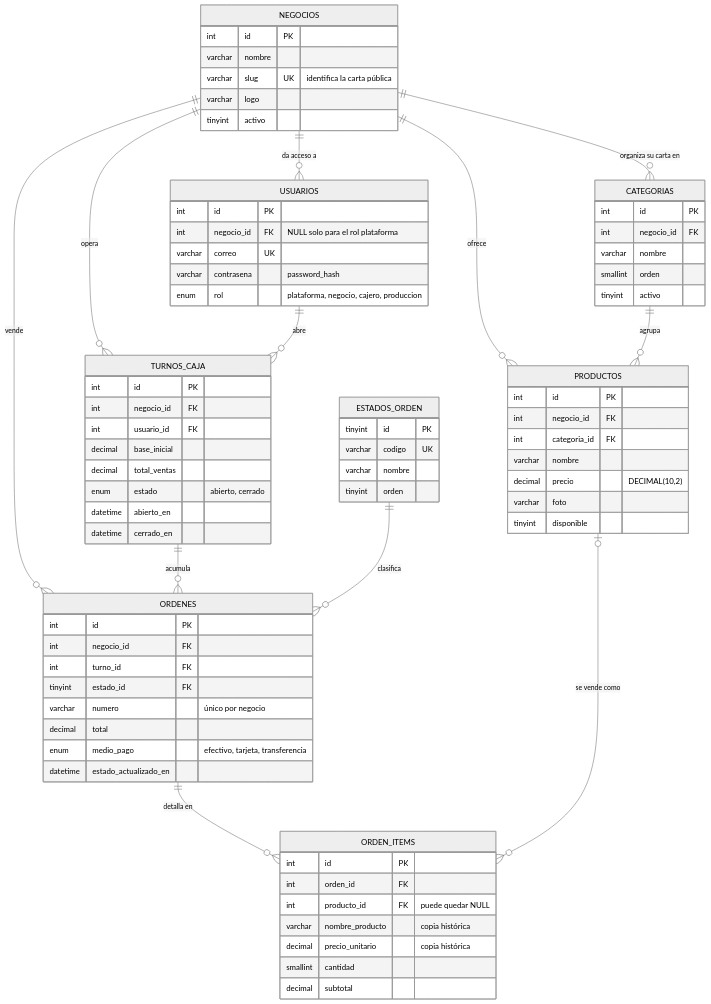
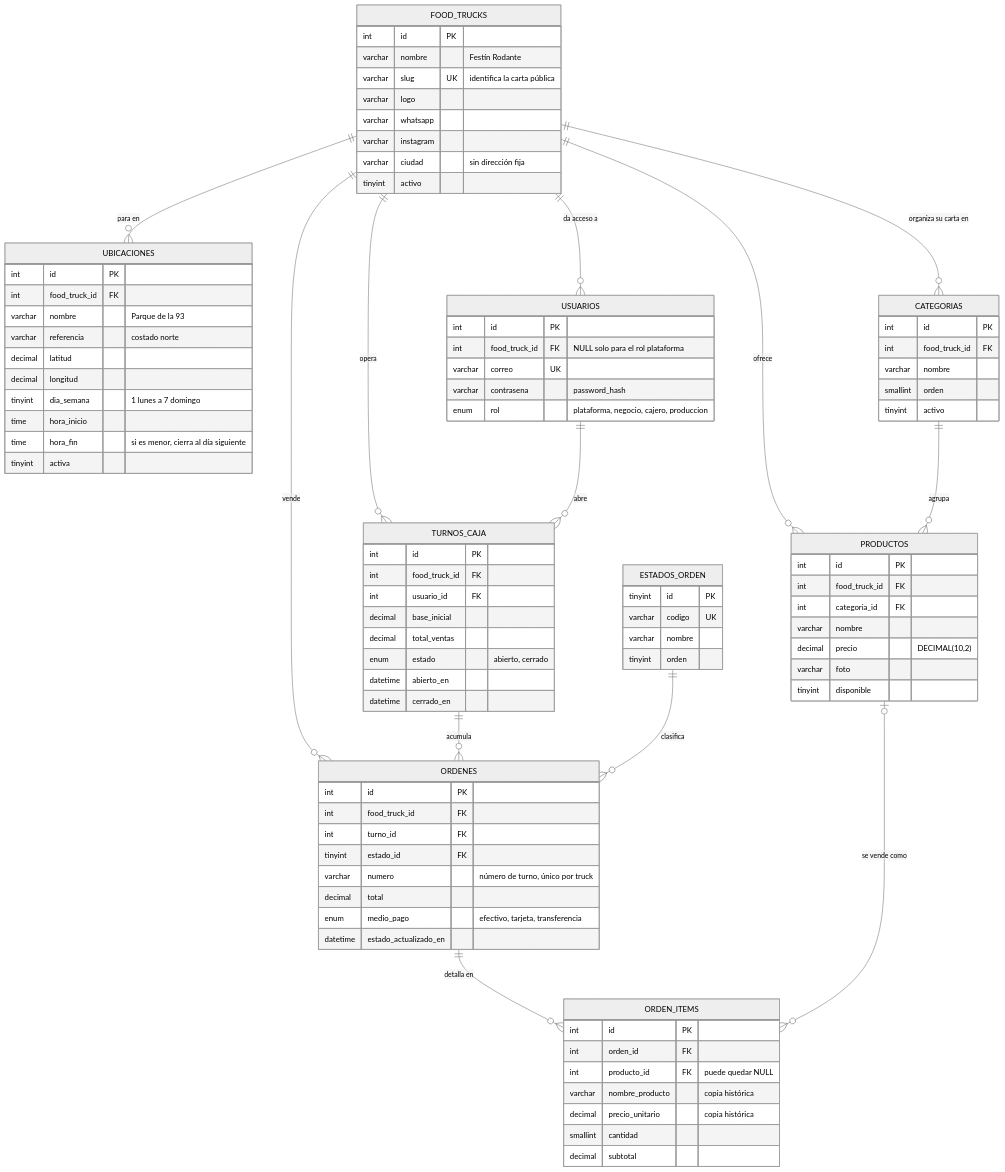
Before and after one commit to Lain-Ramirez/Menu08: the fifth of 7 diagrams in README.md, drawn with Mermaid (neutral theme). The commit also changed other lines of this file and 3 other files, not shown here.

Commit message:
i7@DELL 2septiembre10:23 - Corregido Food Truck

````diff
--- a/README.md
+++ b/README.md
@@ -166,10 +178,11 @@
 ```mermaid
 erDiagram
-    NEGOCIOS     ||--o{ USUARIOS    : "da acceso a"
-    NEGOCIOS     ||--o{ CATEGORIAS  : "organiza su carta en"
-    NEGOCIOS     ||--o{ PRODUCTOS   : "ofrece"
-    NEGOCIOS     ||--o{ TURNOS_CAJA : "opera"
-    NEGOCIOS     ||--o{ ORDENES     : "vende"
+    FOOD_TRUCKS ||--o{ UBICACIONES  : "para en"
+    FOOD_TRUCKS ||--o{ USUARIOS     : "da acceso a"
+    FOOD_TRUCKS ||--o{ CATEGORIAS   : "organiza su carta en"
+    FOOD_TRUCKS ||--o{ PRODUCTOS    : "ofrece"
+    FOOD_TRUCKS ||--o{ TURNOS_CAJA  : "opera"
+    FOOD_TRUCKS ||--o{ ORDENES      : "vende"
     CATEGORIAS   ||--o{ PRODUCTOS   : "agrupa"
     USUARIOS     ||--o{ TURNOS_CAJA : "abre"
     TURNOS_CAJA  ||--o{ ORDENES     : "acumula"
@@ -177,30 +190,45 @@
     ORDENES      ||--o{ ORDEN_ITEMS : "detalla en"
     PRODUCTOS    |o--o{ ORDEN_ITEMS : "se vende como"
 
-    NEGOCIOS {
+    FOOD_TRUCKS {
         int id PK
-        varchar nombre
+        varchar nombre "Festín Rodante"
         varchar slug UK "identifica la carta pública"
         varchar logo
+        varchar whatsapp
+        varchar instagram
+        varchar ciudad "sin dirección fija"
         tinyint activo
+    }
+    UBICACIONES {
+        int id PK
+        int food_truck_id FK
+        varchar nombre "Parque de la 93"
+        varchar referencia "costado norte"
+        decimal latitud
+        decimal longitud
+        tinyint dia_semana "1 lunes a 7 domingo"
+        time hora_inicio
+        time hora_fin "si es menor, cierra al día siguiente"
+        tinyint activa
     }
     USUARIOS {
         int id PK
-        int negocio_id FK "NULL solo para el rol plataforma"
+        int food_truck_id FK "NULL solo para el rol plataforma"
         varchar correo UK
         varchar contrasena "password_hash"
         enum rol "plataforma, negocio, cajero, produccion"
     }
     CATEGORIAS {
         int id PK
-        int negocio_id FK
+        int food_truck_id FK
         varchar nombre
         smallint orden
         tinyint activo
     }
     PRODUCTOS {
         int id PK
-        int negocio_id FK
+        int food_truck_id FK
         int categoria_id FK
         varchar nombre
         decimal precio "DECIMAL(10,2)"
@@ -215,7 +243,7 @@
     }
     TURNOS_CAJA {
         int id PK
-        int negocio_id FK
+        int food_truck_id FK
         int usuario_id FK
         decimal base_inicial
         decimal total_ventas
@@ -225,10 +253,10 @@
     }
     ORDENES {
         int id PK
-        int negocio_id FK
+        int food_truck_id FK
         int turno_id FK
         tinyint estado_id FK
-        varchar numero "único por negocio"
+        varchar numero "número de turno, único por truck"
         decimal total
         enum medio_pago "efectivo, tarjeta, transferencia"
         datetime estado_actualizado_en
````
